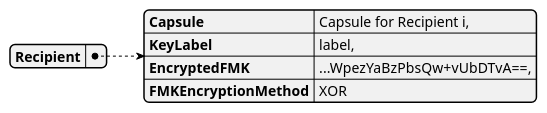
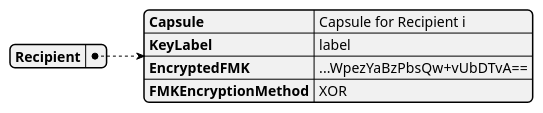
The third of 6 diagrams in cdoc2-system-docs/docs/02_protocol_and_cryptography_spec/ch03_container_format.md (open-eid/CDOC2), drawn with PlantUML before and after one commit. The commit also changed other lines of this file and 4 other files, not shown here.

````diff
--- a/cdoc2-system-docs/docs/02_protocol_and_cryptography_spec/ch03_container_format.md
+++ b/cdoc2-system-docs/docs/02_protocol_and_cryptography_spec/ch03_container_format.md
@@ -66,9 +66,9 @@
 ```plantuml
 @startyaml
 Recipient:
-    Capsule: Capsule for Recipient i,
-    KeyLabel: label,
-    EncryptedFMK: ...WpezYaBzPbsQw+vUbDTvA==,
+    Capsule: Capsule for Recipient i
+    KeyLabel: label
+    EncryptedFMK: ...WpezYaBzPbsQw+vUbDTvA==
     FMKEncryptionMethod: "XOR"
 @endyaml
 ```
````
